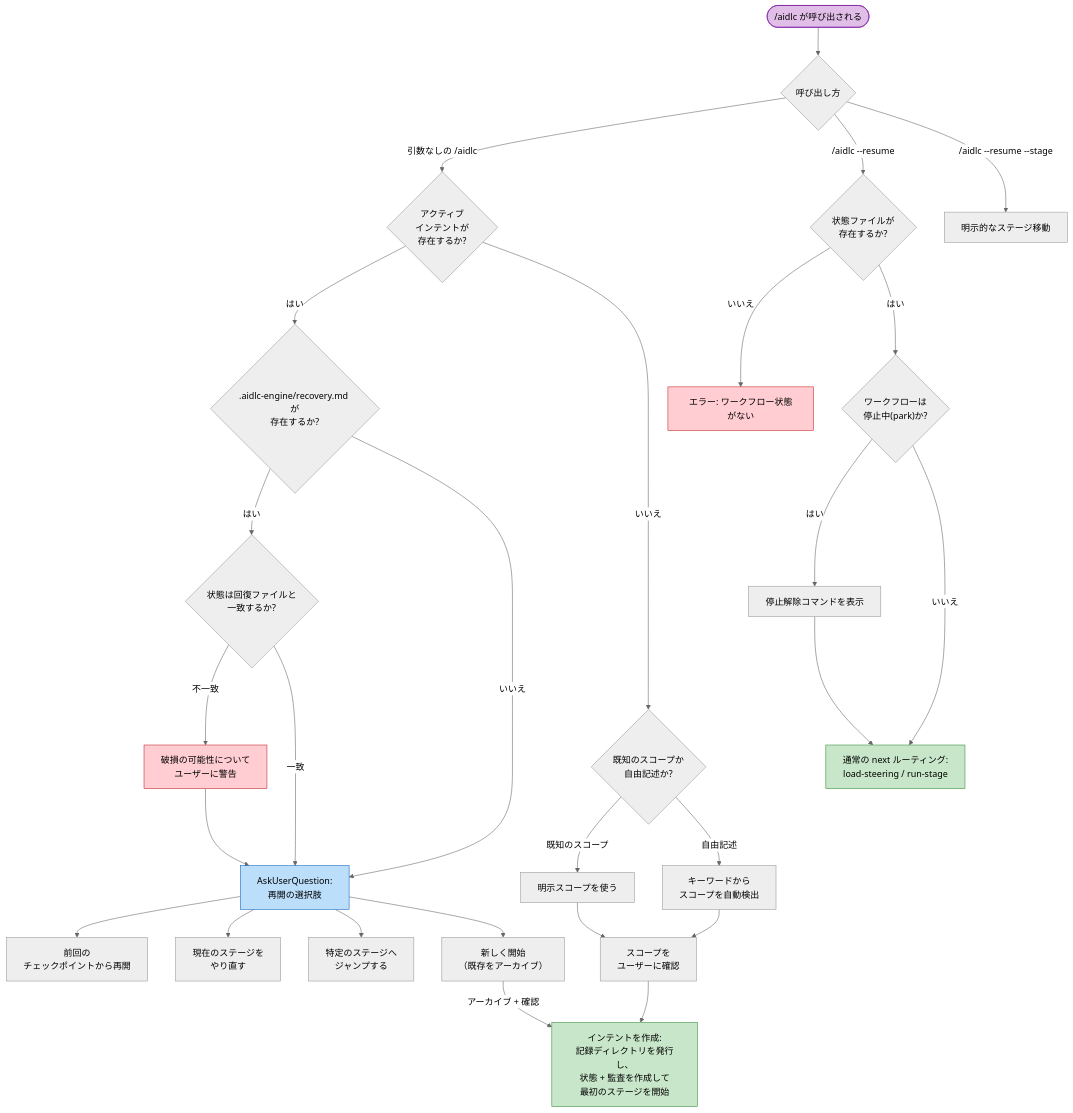
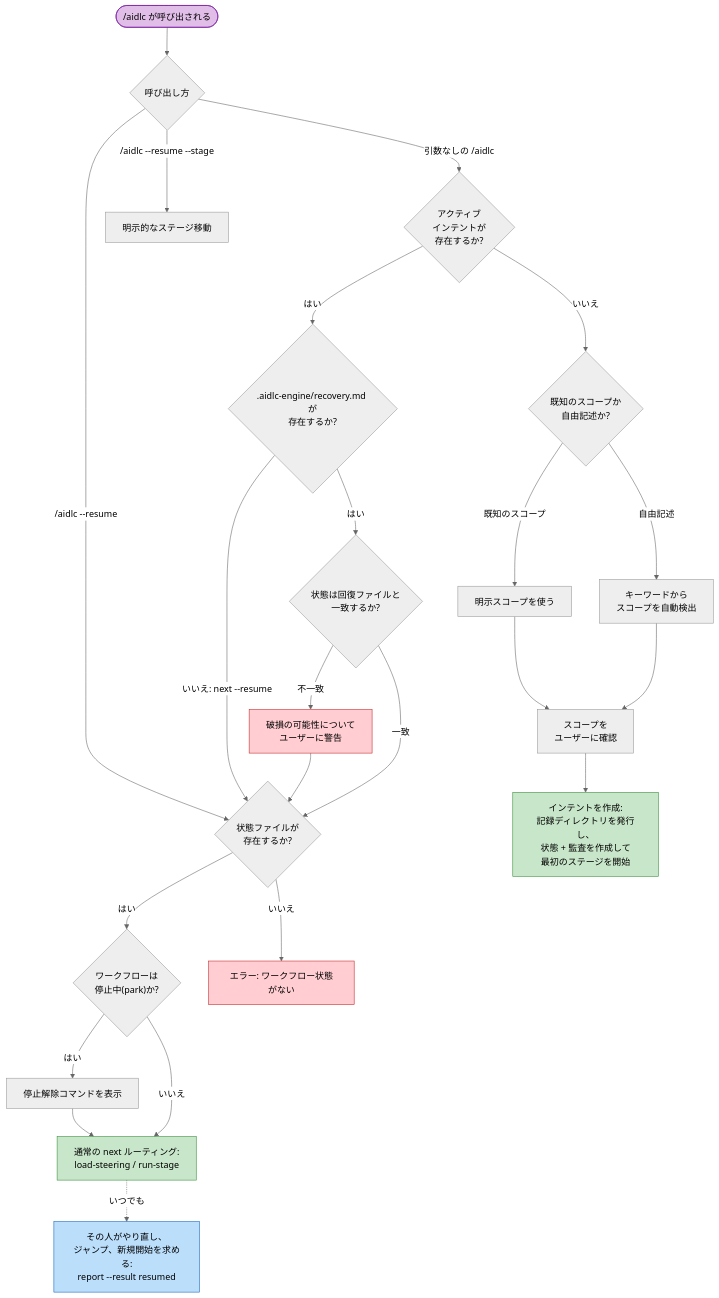
The first of 4 diagrams in docs/reference/ja/03-orchestrator.md (otomatty/aidlc-guide), drawn with Mermaid (neutral theme) before and after one commit. The commit also changed other lines of this file and 832 other files, not shown here.

````diff
--- a/docs/reference/ja/03-orchestrator.md
+++ b/docs/reference/ja/03-orchestrator.md
@@ -147,61 +169,51 @@
 ```mermaid
 flowchart TD
     START(["/aidlc が呼び出される"])
     MODE{"呼び出し方"}
     STATE_EXISTS{"アクティブ\nインテントが\n存在するか?"}
     RECOVERY_CHECK{".aidlc-engine/recovery.md が\n存在するか?"}
     CORRUPTION{"状態は回復ファイルと\n一致するか?"}
     WARN["破損の可能性について\nユーザーに警告"]
-    RESUME_MENU["AskUserQuestion:\n再開の選択肢"]
-    OPT_RESUME["前回の\nチェックポイントから再開"]
-    OPT_REDO["現在のステージを\nやり直す"]
-    OPT_JUMP["特定のステージへ\nジャンプする"]
-    OPT_FRESH["新しく開始\n（既存をアーカイブ）"]
     RESUME_STATE{"状態ファイルが\n存在するか?"}
     PARKED{"ワークフローは\n停止中(park)か?"}
     UNPARK["停止解除コマンドを表示"]
     CONTINUE["通常の next ルーティング:\nload-steering / run-stage"]
+    OTHER["その人がやり直し、\nジャンプ、新規開始を求める:\nreport --result resumed"]
     JUMP["明示的なステージ移動"]
     NO_STATE["エラー: ワークフロー状態がない"]
     SCOPE_DETECT{"既知のスコープか\n自由記述か?"}
     KNOWN_SCOPE["明示スコープを使う"]
     FREEFORM["キーワードから\nスコープを自動検出"]
     CONFIRM_SCOPE["スコープを\nユーザーに確認"]
     CREATE["インテントを作成:\n記録ディレクトリを発行し、\n状態 + 監査を作成して\n最初のステージを開始"]
 
     START --> MODE
     MODE -->|"引数なしの /aidlc"| STATE_EXISTS
     MODE -->|"/aidlc --resume"| RESUME_STATE
     MODE -->|"/aidlc --resume --stage"| JUMP
 
     STATE_EXISTS -->|はい| RECOVERY_CHECK
     STATE_EXISTS -->|いいえ| SCOPE_DETECT
 
-    RECOVERY_CHECK -->|はい| CORRUPTION
-    RECOVERY_CHECK -->|いいえ| RESUME_MENU
-    CORRUPTION -->|不一致| WARN --> RESUME_MENU
-    CORRUPTION -->|一致| RESUME_MENU
-
-    RESUME_MENU --> OPT_RESUME
-    RESUME_MENU --> OPT_REDO
-    RESUME_MENU --> OPT_JUMP
-    RESUME_MENU --> OPT_FRESH
+    RECOVERY_CHECK -->|"はい"| CORRUPTION
+    RECOVERY_CHECK -->|"いいえ: next --resume"| RESUME_STATE
+    CORRUPTION -->|不一致| WARN --> RESUME_STATE
+    CORRUPTION -->|一致| RESUME_STATE
 
     RESUME_STATE -->|いいえ| NO_STATE
     RESUME_STATE -->|はい| PARKED
     PARKED -->|はい| UNPARK --> CONTINUE
     PARKED -->|いいえ| CONTINUE
-
-    OPT_FRESH -->|"アーカイブ + 確認"| CREATE
+    CONTINUE -.->|"いつでも"| OTHER
 
     SCOPE_DETECT -->|"既知のスコープ"| KNOWN_SCOPE --> CONFIRM_SCOPE
     SCOPE_DETECT -->|"自由記述"| FREEFORM --> CONFIRM_SCOPE
     CONFIRM_SCOPE --> CREATE
 
     style START fill:#e1bee7,stroke:#7b1fa2,color:#000
-    style RESUME_MENU fill:#bbdefb,stroke:#1565c0,color:#000
+    style OTHER fill:#bbdefb,stroke:#1565c0,color:#000
     style CONTINUE fill:#c8e6c9,stroke:#388e3c,color:#000
     style CREATE fill:#c8e6c9,stroke:#388e3c,color:#000
     style WARN fill:#ffcdd2,stroke:#c62828,color:#000
     style NO_STATE fill:#ffcdd2,stroke:#c62828,color:#000
 ```
````
